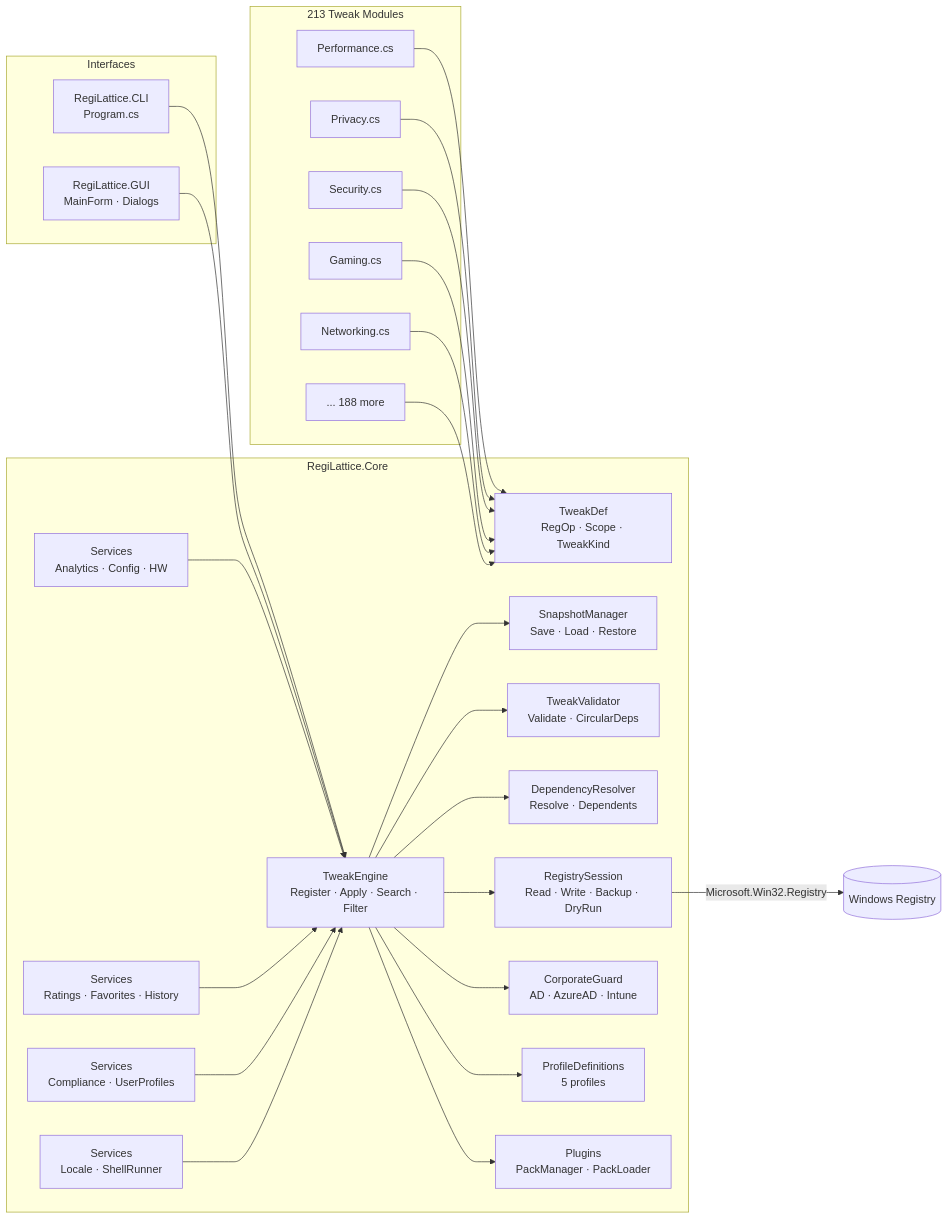
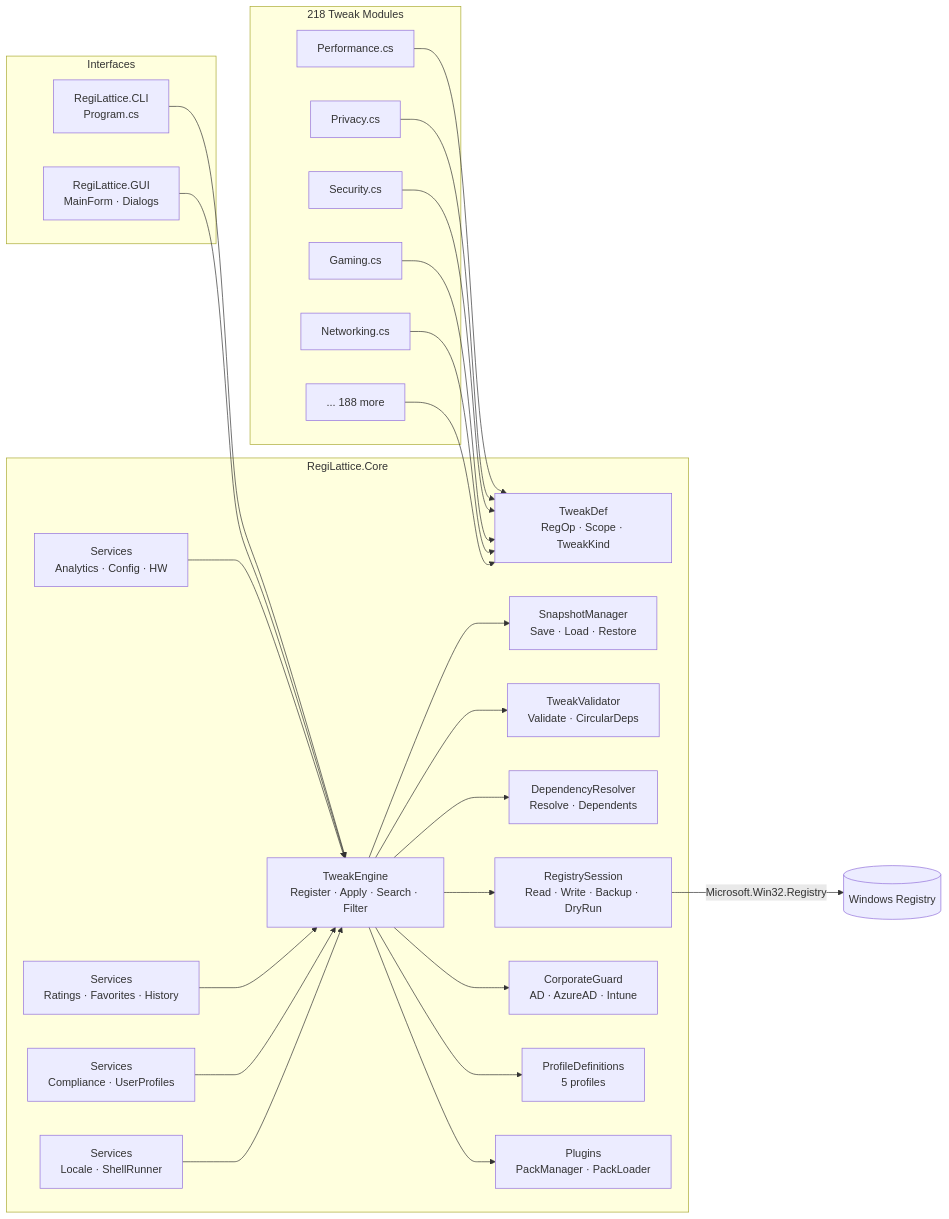
Before and after one commit to RajwanYair/RegiLattice: the diagram in README.md, drawn with Mermaid. The commit also changed other lines of this file and 10 other files, not shown here.

Commit message:
feat(tweaks): Sprints 182-186 — 5 policy modules, 50 tweaks, v5.5.0

````diff
--- a/README.md
+++ b/README.md
@@ -87,53 +87,53 @@
 ```mermaid
 graph LR
     subgraph Interfaces
         CLI[RegiLattice.CLI<br/>Program.cs]
         GUI[RegiLattice.GUI<br/>MainForm · Dialogs]
     end
 
     subgraph Core["RegiLattice.Core"]
         TE[TweakEngine<br/>Register · Apply · Search · Filter]
         SM[SnapshotManager<br/>Save · Load · Restore]
         TV[TweakValidator<br/>Validate · CircularDeps]
         DR[DependencyResolver<br/>Resolve · Dependents]
         TD[TweakDef<br/>RegOp · Scope · TweakKind]
         RS[RegistrySession<br/>Read · Write · Backup · DryRun]
         CG[CorporateGuard<br/>AD · AzureAD · Intune]
         PD[ProfileDefinitions<br/>5 profiles]
         SV[Services<br/>Analytics · Config · HW]
         SV2[Services<br/>Ratings · Favorites · History]
         SV3[Services<br/>Compliance · UserProfiles]
         SV4[Services<br/>Locale · ShellRunner]
         PM[Plugins<br/>PackManager · PackLoader]
     end
 
-    subgraph Tweaks["213 Tweak Modules"]
+    subgraph Tweaks["218 Tweak Modules"]
         T1[Performance.cs]
         T2[Privacy.cs]
         T3[Security.cs]
         T4[Gaming.cs]
         T5[Networking.cs]
         TN[... 188 more]
     end
 
     CLI --> TE
     GUI --> TE
     TE --> SM
     TE --> TV
     TE --> DR
     TE --> RS
     TE --> CG
     TE --> PD
     TE --> PM
     SV --> TE
     SV2 --> TE
     SV3 --> TE
     SV4 --> TE
     T1 --> TD
     T2 --> TD
     T3 --> TD
     T4 --> TD
     T5 --> TD
     TN --> TD
     RS -->|Microsoft.Win32.Registry| WR[(Windows Registry)]
 ```
````
